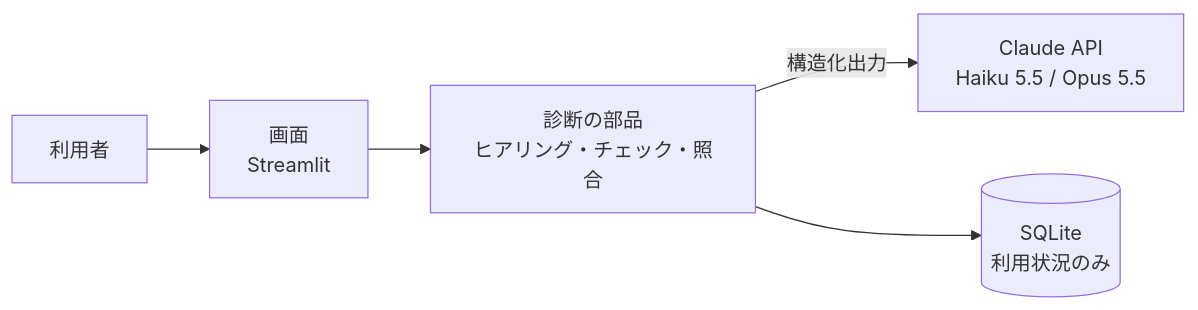
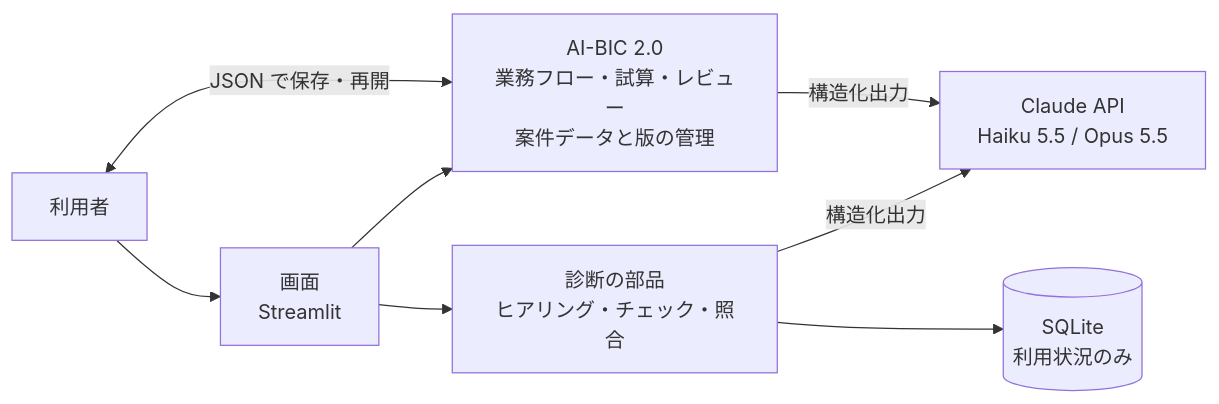
One commit to yukon2051-byteyu/ai-bic changed the diagram in README.md. Above: the diagram before and after it, drawn with Mermaid. The commit also changed other lines of this file and 7 other files, not shown here.

````diff
--- a/README.md
+++ b/README.md
@@ -101,7 +118,10 @@
 ```mermaid
 flowchart LR
     U[利用者] --> APP[画面<br>Streamlit]
     APP --> CORE[診断の部品<br>ヒアリング・チェック・照合]
+    APP --> V20[AI-BIC 2.0<br>業務フロー・試算・レビュー<br>案件データと版の管理]
     CORE -->|構造化出力| CLAUDE[Claude API<br>Haiku 5.5 / Opus 5.5]
+    V20 -->|構造化出力| CLAUDE
     CORE --> DB[(SQLite<br>利用状況のみ)]
+    V20 <-->|JSON で保存・再開| U
 ```
````
